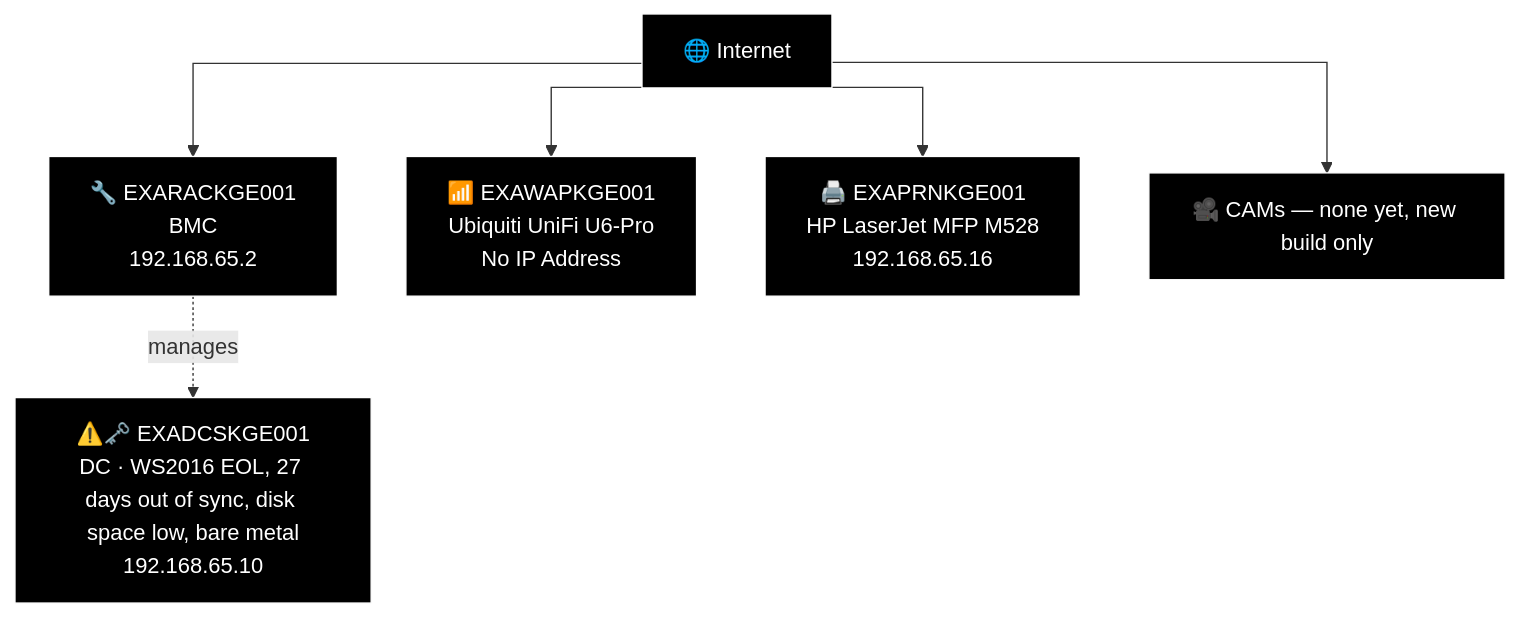
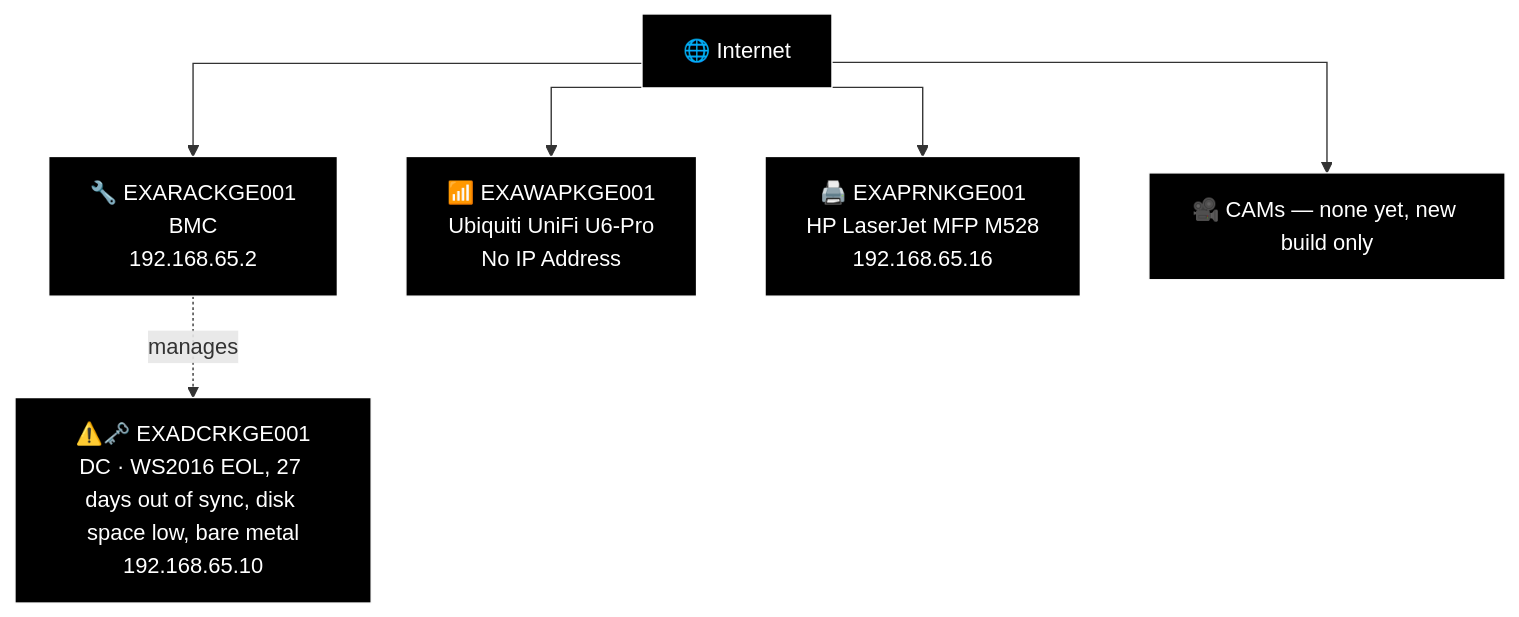
Before and after one commit to knightmare2600/example_music_infra: the sixth of 23 diagrams in docs/network-diagram/danmark.md, drawn with Mermaid. The commit also changed other lines of this file and 8 other files, not shown here.

````diff
--- a/docs/network-diagram/danmark.md
+++ b/docs/network-diagram/danmark.md
@@ -354,23 +342,23 @@
 ```mermaid
 %%{init: {'flowchart': {'curve': 'stepAfter'}}}%%
 graph TD
     O_INET["🌐 Internet"]
     O_RAC["🔧 EXARACKGE001<br/>BMC<br/>192.168.65.2"]
-    O_DC["⚠️🗝️ EXADCSKGE001<br/>DC · WS2016 EOL, 27 days out of sync, disk space low, bare metal<br/>192.168.65.10"]
+    O_DC["⚠️🗝️ EXADCRKGE001<br/>DC · WS2016 EOL, 27 days out of sync, disk space low, bare metal<br/>192.168.65.10"]
     O_INET --> O_RAC
     O_RAC -.->|"manages"| O_DC
 
     O_WAP["📶 EXAWAPKGE001<br/>Ubiquiti UniFi U6-Pro<br/>No IP Address"]
     O_PRN["🖨️ EXAPRNKGE001<br/>HP LaserJet MFP M528<br/>192.168.65.16"]
     O_CAM["🎥 CAMs — none yet, new build only"]
     O_INET --> O_WAP
     O_INET --> O_PRN
     O_INET --> O_CAM
 
     style O_INET fill:#000000,stroke:#FFFFFF,color:#FFFFFF
     style O_RAC fill:#000000,stroke:#FFFFFF,color:#FFFFFF
     style O_DC fill:#000000,stroke:#FFFFFF,color:#FFFFFF
     style O_WAP fill:#000000,stroke:#FFFFFF,color:#FFFFFF
     style O_PRN fill:#000000,stroke:#FFFFFF,color:#FFFFFF
     style O_CAM fill:#000000,stroke:#FFFFFF,color:#FFFFFF
 ```
````
